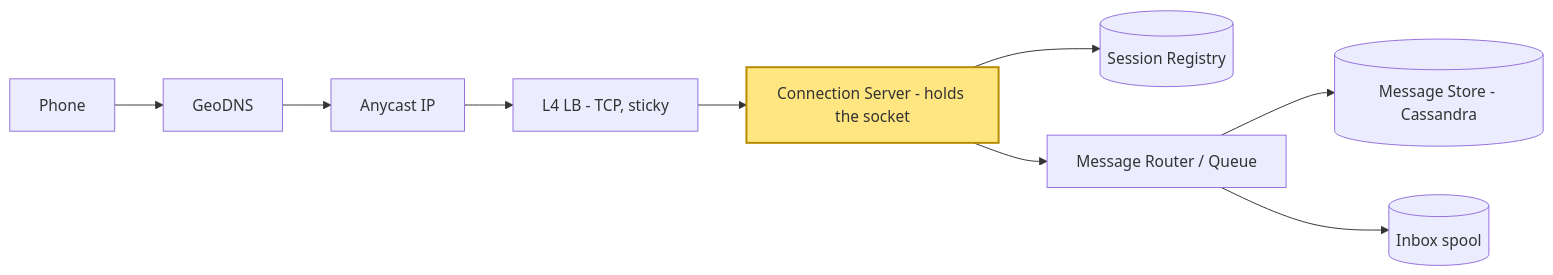
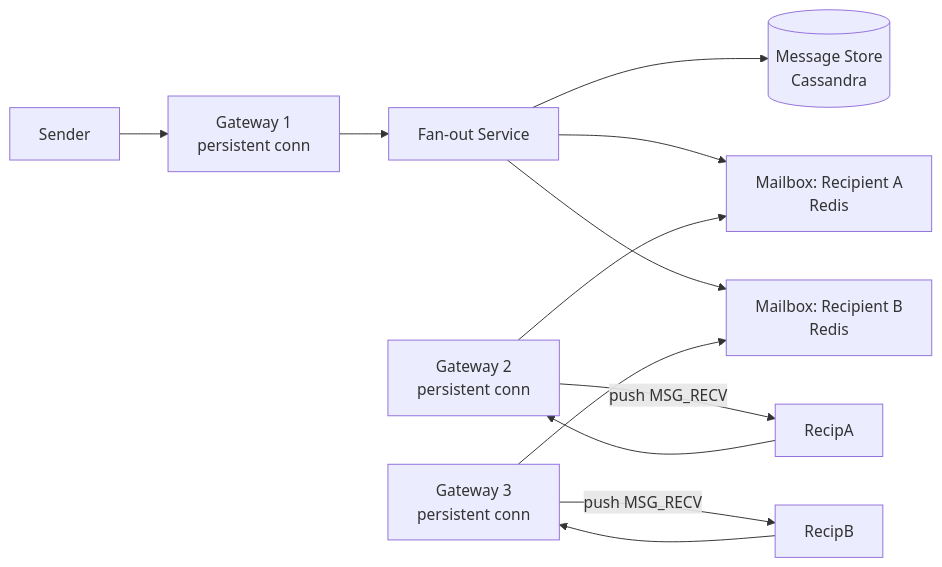
Before and after one commit to Abhi-Gautam/systems-learning-lab: the first of 6 diagrams in Notes/hld-notes.md, drawn with Mermaid. The commit also changed other lines of this file and 45 other files, not shown here.

````diff
--- a/Notes/hld-notes.md
+++ b/Notes/hld-notes.md
@@ -99,12 +170,14 @@
 ```mermaid
 flowchart LR
-    U[Phone] --> DNS[GeoDNS]
-    DNS --> AC[Anycast IP]
-    AC --> LB[L4 LB - TCP, sticky]
-    LB --> CS[Connection Server - holds the socket]
-    CS --> REG[(Session Registry)]
-    CS --> Q[Message Router / Queue]
-    Q --> ST[(Message Store - Cassandra)]
-    Q --> INB[(Inbox spool)]
-    style CS fill:#ffe680,stroke:#b58900,stroke-width:2px
+    Sender --> GW1[Gateway 1<br/>persistent conn]
+    GW1 --> Fanout[Fan-out Service]
+    Fanout --> MsgStore[(Message Store<br/>Cassandra)]
+    Fanout --> MB1[Mailbox: Recipient A<br/>Redis]
+    Fanout --> MB2[Mailbox: Recipient B<br/>Redis]
+    GW2 --> MB1
+    GW3 --> MB2
+    RecipA --> GW2[Gateway 2<br/>persistent conn]
+    RecipB --> GW3[Gateway 3<br/>persistent conn]
+    GW2 -->|push MSG_RECV| RecipA
+    GW3 -->|push MSG_RECV| RecipB
 ```
````
